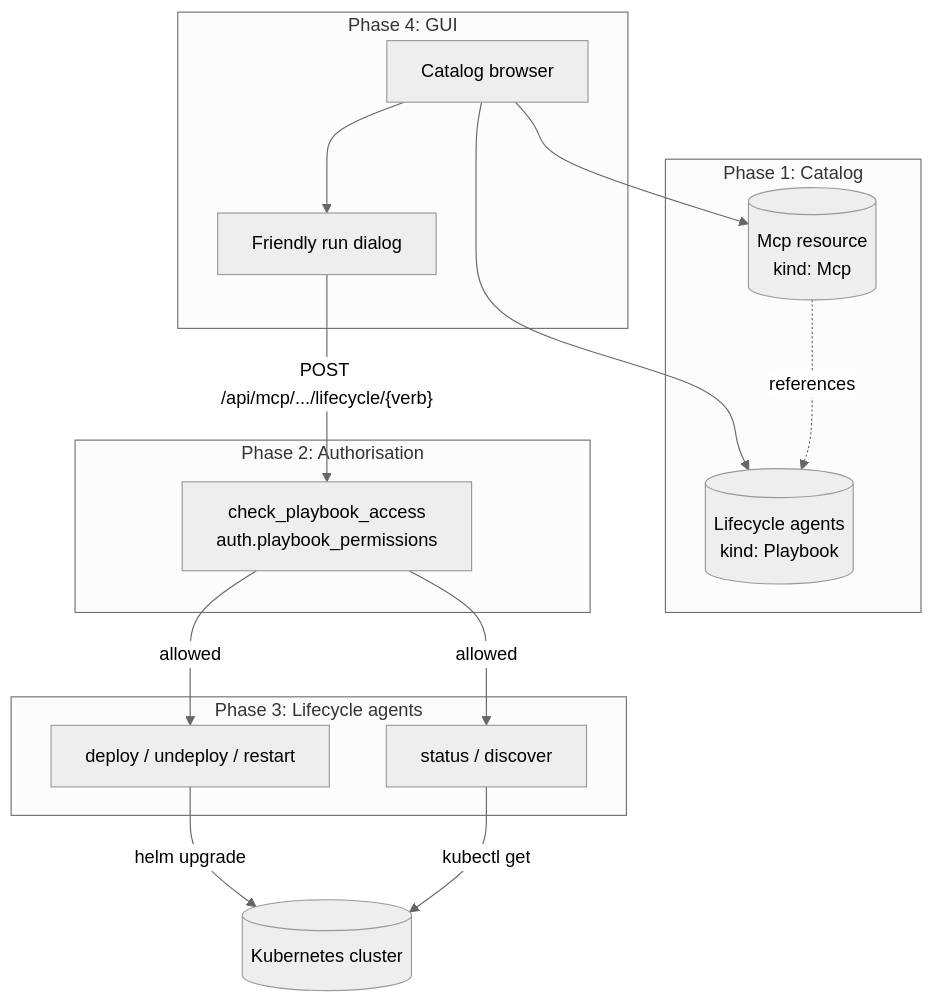
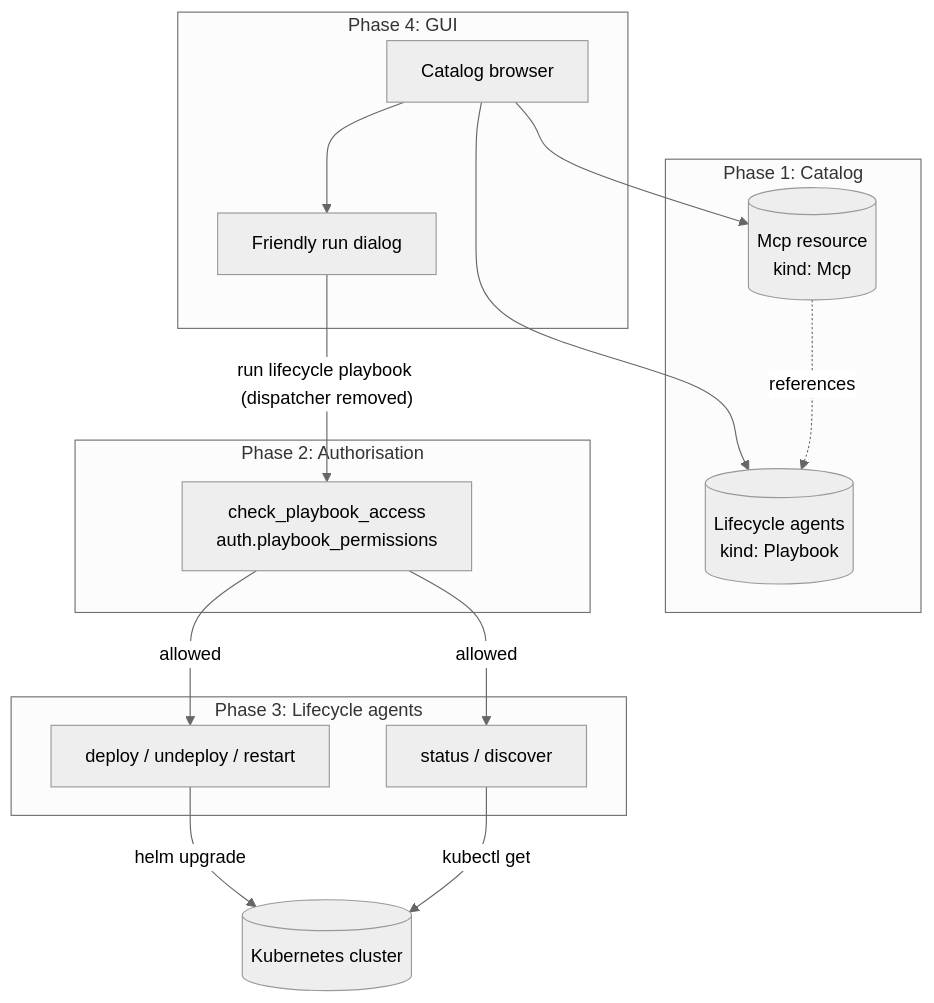
One commit to noetl/docs changed the diagram in docs/architecture/mcp_catalog_architecture.md. Above: the diagram before and after it, drawn with Mermaid (neutral theme). The commit also changed other lines of this file and 4 other files, not shown here.

````diff
--- a/docs/architecture/mcp_catalog_architecture.md
+++ b/docs/architecture/mcp_catalog_architecture.md
@@ -41,31 +65,31 @@
 ```mermaid
 flowchart TB
   subgraph "Phase 1: Catalog"
     Mcp[(Mcp resource<br/>kind: Mcp)]
     Playbook[(Lifecycle agents<br/>kind: Playbook)]
   end
 
   subgraph "Phase 2: Authorisation"
     Auth[check_playbook_access<br/>auth.playbook_permissions]
   end
 
   subgraph "Phase 3: Lifecycle agents"
     Deploy[deploy / undeploy / restart]
     Status[status / discover]
   end
 
   subgraph "Phase 4: GUI"
     Catalog[Catalog browser]
     RunDialog[Friendly run dialog]
   end
 
   Catalog --> Mcp
   Catalog --> Playbook
   Mcp -.references.-> Playbook
   Catalog --> RunDialog
-  RunDialog -- POST /api/mcp/.../lifecycle/{verb} --> Auth
+  RunDialog -- run lifecycle playbook (dispatcher removed) --> Auth
   Auth -- allowed --> Deploy
   Auth -- allowed --> Status
   Deploy -- helm upgrade --> Cluster[(Kubernetes cluster)]
   Status -- kubectl get --> Cluster
 ```
````
